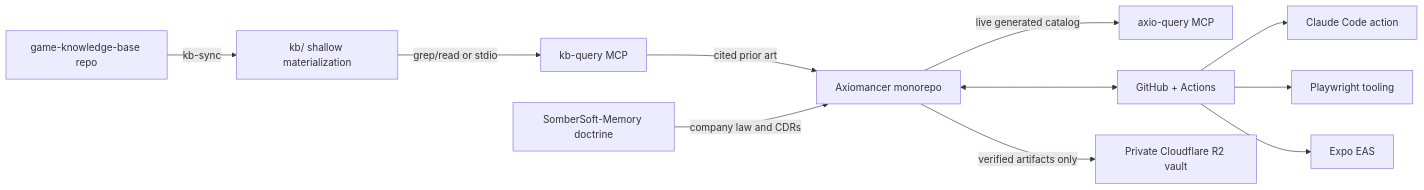
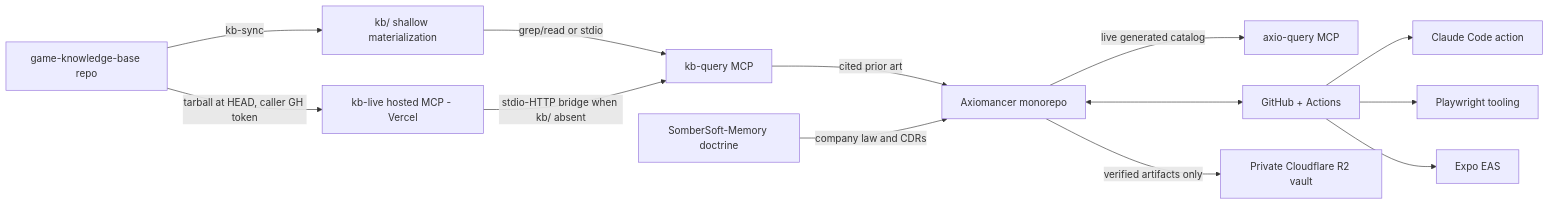
The diagram in docs/external-architecture.md (no-trbl-2-u/Axiomancer), drawn with Mermaid before and after one commit. The commit also changed other lines of this file and 23 other files, not shown here.

````diff
--- a/docs/external-architecture.md
+++ b/docs/external-architecture.md
@@ -5,25 +5,29 @@
 ```mermaid
 flowchart LR
   A[Axiomancer monorepo]
   KB[game-knowledge-base repo]
   KBL[kb/ shallow materialization]
   MCP[kb-query MCP]
   AX[axio-query MCP]
   SS[SomberSoft-Memory doctrine]
   GH[GitHub + Actions]
   CL[Claude Code action]
   PW[Playwright tooling]
   EAS[Expo EAS]
   R2[Private Cloudflare R2 vault]
 
+  KBLIVE[kb-live hosted MCP - Vercel]
+
   KB -->|kb-sync| KBL
   KBL -->|grep/read or stdio| MCP
+  KB -->|tarball at HEAD, caller GH token| KBLIVE
+  KBLIVE -->|stdio-HTTP bridge when kb/ absent| MCP
   MCP -->|cited prior art| A
   A -->|live generated catalog| AX
   SS -->|company law and CDRs| A
   A <--> GH
   GH --> CL
   GH --> PW
   GH --> EAS
   A -->|verified artifacts only| R2
 ```
````
